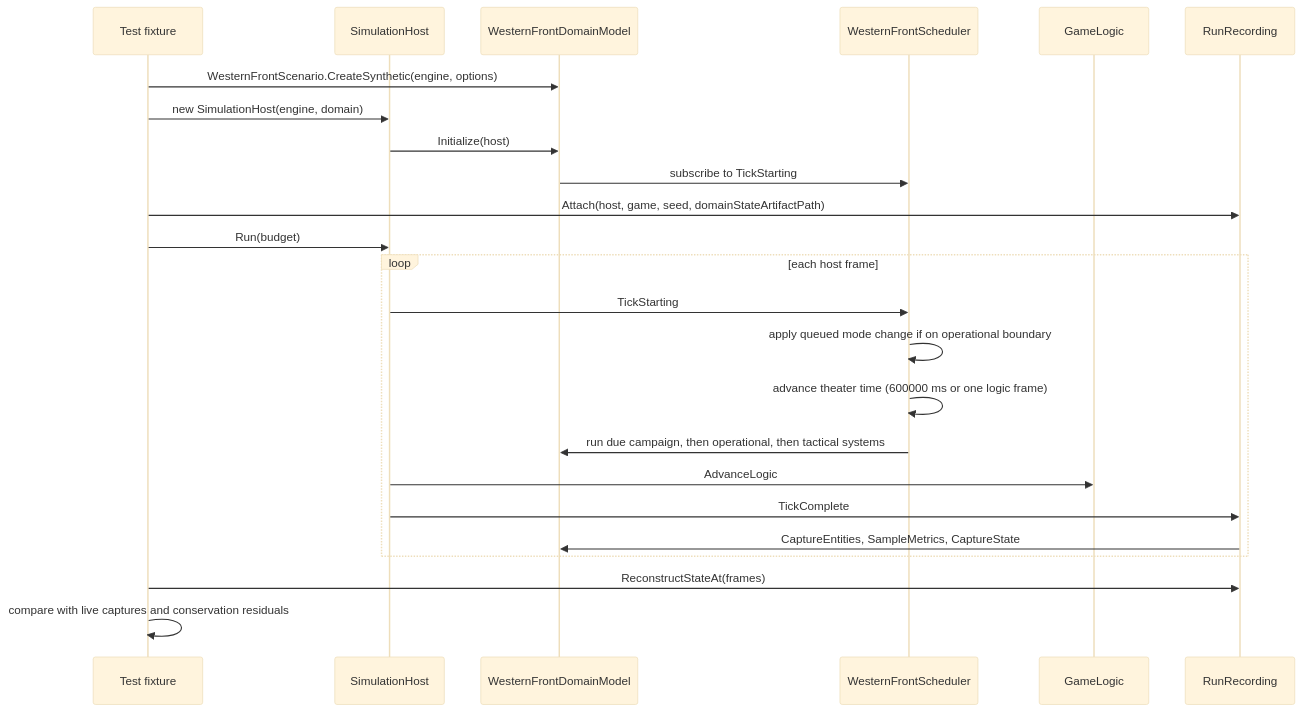
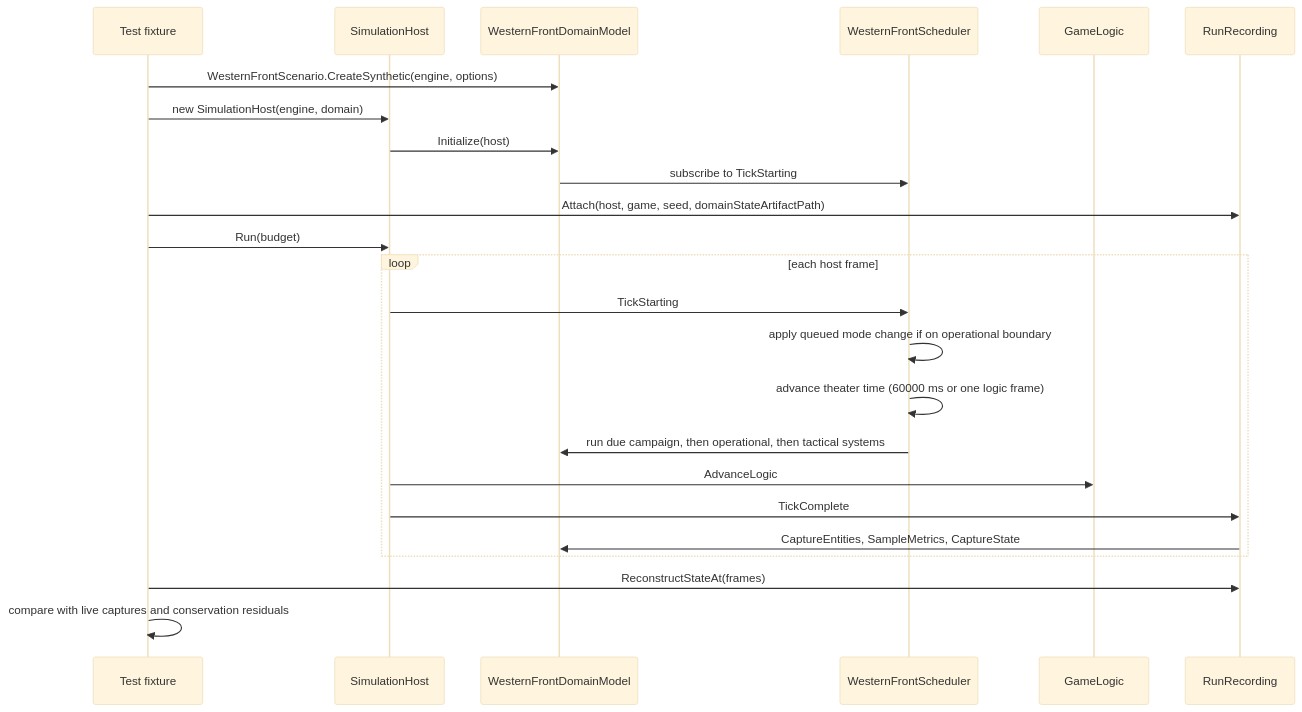
The second of 2 diagrams in docs/roadmap/deep-dives/w0-charter-fixture.md (rmessinger/Panopticon), drawn with Mermaid (base theme) before and after one commit. The commit also changed other lines of this file and 148 other files, not shown here.

First line of the commit message:
docs(roadmap): detail-first Western Front revision and cards for W1-W6, B1, B4a, B6, B7, H

````diff
--- a/docs/roadmap/deep-dives/w0-charter-fixture.md
+++ b/docs/roadmap/deep-dives/w0-charter-fixture.md
@@ -372,27 +384,27 @@
 ```mermaid
 sequenceDiagram
   participant T as Test fixture
   participant H as SimulationHost
   participant D as WesternFrontDomainModel
   participant C as WesternFrontScheduler
   participant L as GameLogic
   participant R as RunRecording
 
   T->>D: WesternFrontScenario.CreateSynthetic(engine, options)
   T->>H: new SimulationHost(engine, domain)
   H->>D: Initialize(host)
   D->>C: subscribe to TickStarting
   T->>R: Attach(host, game, seed, domainStateArtifactPath)
   T->>H: Run(budget)
   loop each host frame
     H->>C: TickStarting
     C->>C: apply queued mode change if on operational boundary
-    C->>C: advance theater time (600000 ms or one logic frame)
+    C->>C: advance theater time (60000 ms or one logic frame)
     C->>D: run due campaign, then operational, then tactical systems
     H->>L: AdvanceLogic
     H->>R: TickComplete
     R->>D: CaptureEntities, SampleMetrics, CaptureState
   end
   T->>R: ReconstructStateAt(frames)
   T->>T: compare with live captures and conservation residuals
 ```
````
